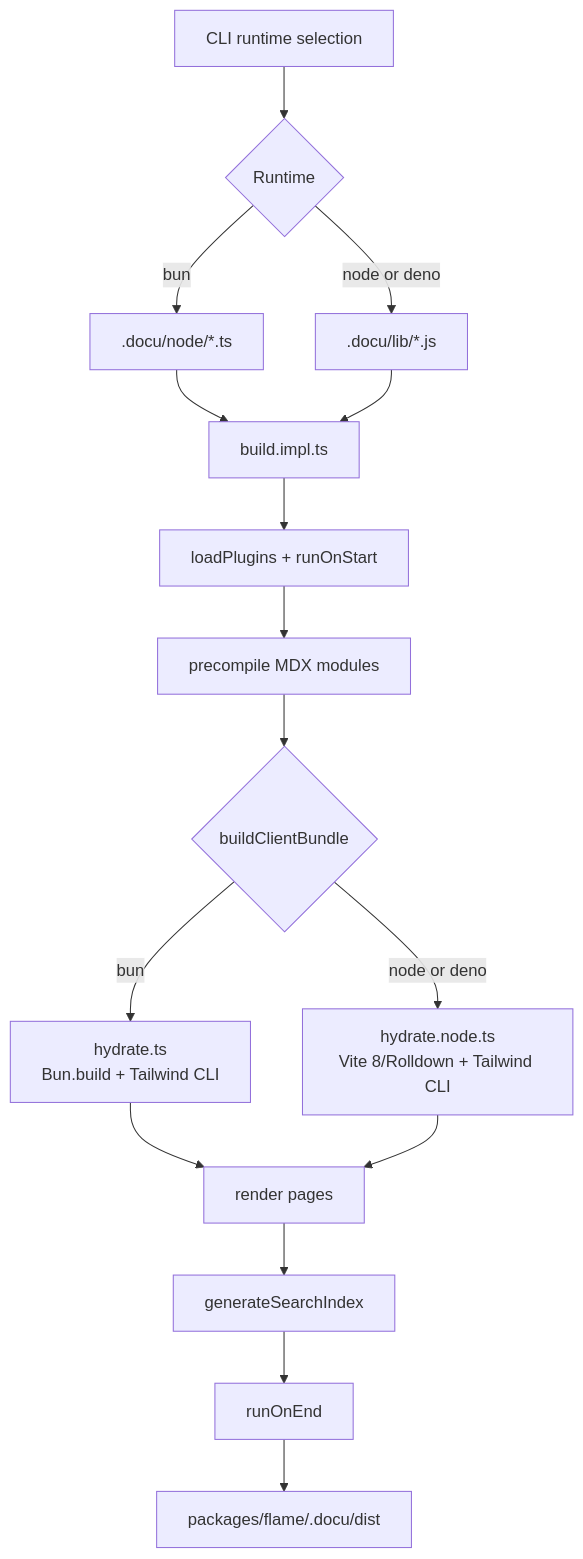
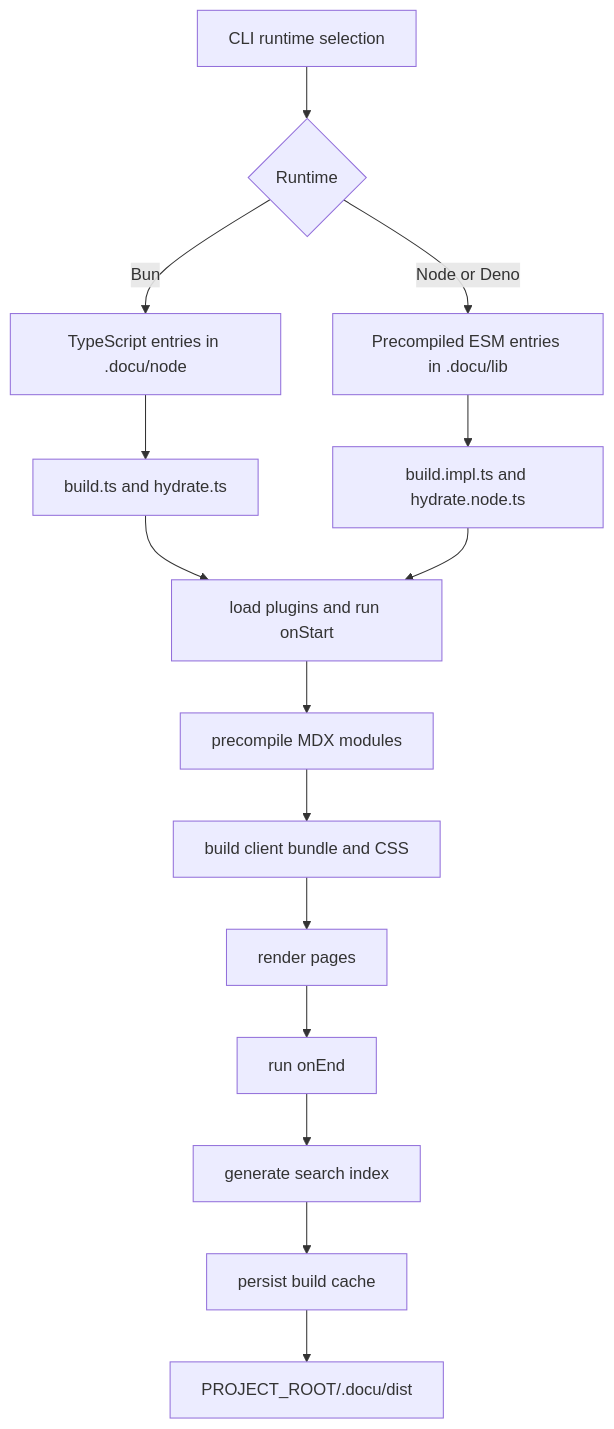
One commit to DocuBook/docubook changed the second of 2 diagrams in ARCHITECTURE.md. Above: the diagram before and after it, drawn with Mermaid. The commit also changed other lines of this file and 5 other files, not shown here.

````diff
--- a/ARCHITECTURE.md
+++ b/ARCHITECTURE.md
@@ -92,20 +97,17 @@
 ```mermaid
 flowchart TD
-    Start[CLI runtime selection] --> Runtime{Runtime}
-    Runtime -->|bun| BunEntries[.docu/node/*.ts]
-    Runtime -->|node or deno| CompatEntries[.docu/lib/*.js]
-
-    BunEntries --> BuildImpl[build.impl.ts]
-    CompatEntries --> BuildImpl
-
-    BuildImpl --> Plugins[loadPlugins + runOnStart]
-    Plugins --> PrePass[precompile MDX modules]
-    PrePass --> Bundle{buildClientBundle}
-    Bundle -->|bun| BunBundle[hydrate.ts<br/>Bun.build + Tailwind CLI]
-    Bundle -->|node or deno| CompatBundle[hydrate.node.ts<br/>Vite 8/Rolldown + Tailwind CLI]
-    BunBundle --> Render[render pages]
-    CompatBundle --> Render
-    Render --> Search[generateSearchIndex]
-    Search --> OnEnd[runOnEnd]
-    OnEnd --> Output[packages/flame/.docu/dist]
+    Start["CLI runtime selection"] --> Runtime{Runtime}
+    Runtime -->|Bun| BunEntries["TypeScript entries in .docu/node"]
+    Runtime -->|Node or Deno| CompatEntries["Precompiled ESM entries in .docu/lib"]
+    BunEntries --> BunBuild["build.ts and hydrate.ts"]
+    CompatEntries --> CompatBuild["build.impl.ts and hydrate.node.ts"]
+    BunBuild --> Plugins["load plugins and run onStart"]
+    CompatBuild --> Plugins
+    Plugins --> PrePass["precompile MDX modules"]
+    PrePass --> Bundle["build client bundle and CSS"]
+    Bundle --> Render["render pages"]
+    Render --> OnEnd["run onEnd"]
+    OnEnd --> Search["generate search index"]
+    Search --> Cache["persist build cache"]
+    Cache --> Output["PROJECT_ROOT/.docu/dist"]
 ```
````
